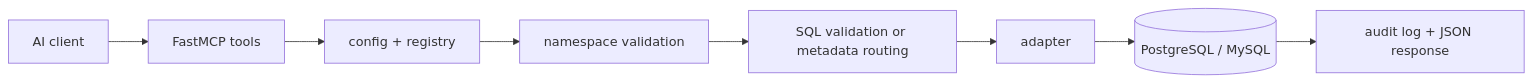
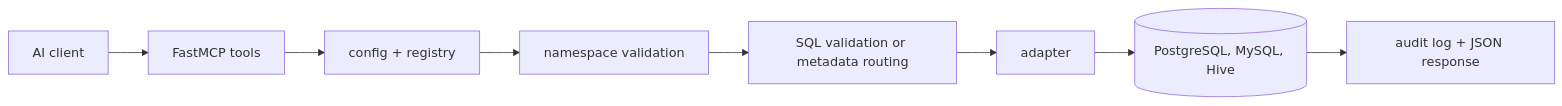
Before and after one commit to andyWang1688/sql-query-mcp: the diagram in docs/project-overview.md, drawn with Mermaid. The commit also changed other lines of this file and 6 other files, not shown here.

````diff
--- a/docs/project-overview.md
+++ b/docs/project-overview.md
@@ -90,10 +91,10 @@
 ```mermaid
 flowchart LR
   A[AI client] --> B[FastMCP tools]
   B --> C[config + registry]
   C --> D[namespace validation]
   D --> E[SQL validation or metadata routing]
   E --> F[adapter]
-  F --> G[(PostgreSQL / MySQL)]
+  F --> G[(PostgreSQL, MySQL, Hive)]
   G --> H[audit log + JSON response]
 ```
````
